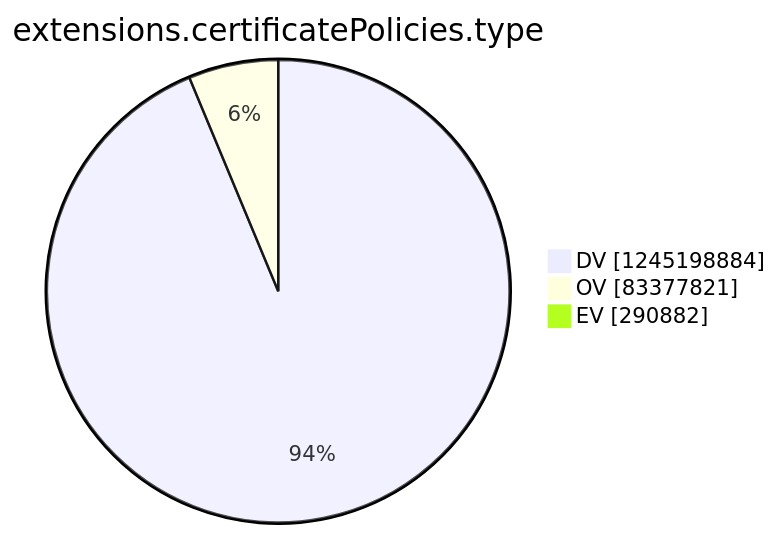
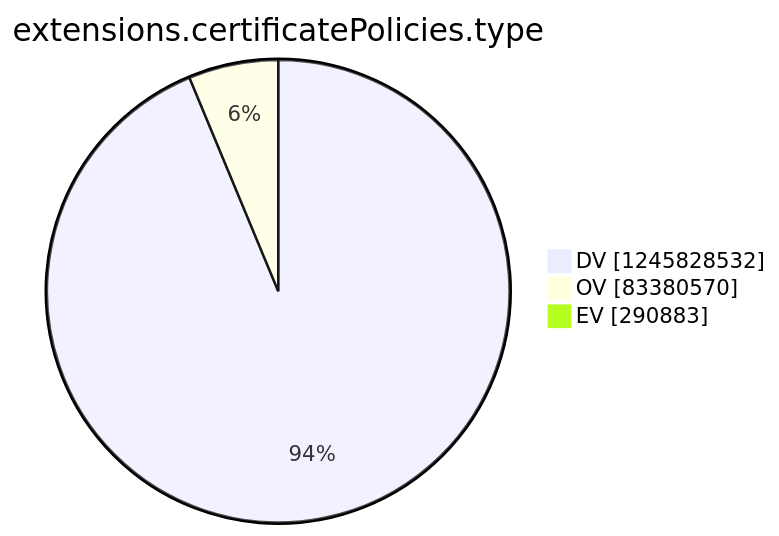
The tenth of 15 diagrams in argon2022/README.md (christiankrug/ctmonitor_visualization), drawn with Mermaid before and after one commit. The commit also changed other lines of this file, not shown here.

````diff
--- a/argon2022/README.md
+++ b/argon2022/README.md
@@ -2771,7 +2771,7 @@
 ```mermaid
 pie showData
 title extensions.certificatePolicies.type
-"DV" :1245198884
-"OV" :83377821
-"EV" :290882
+"DV" :1245828532
+"OV" :83380570
+"EV" :290883
 ```
````
